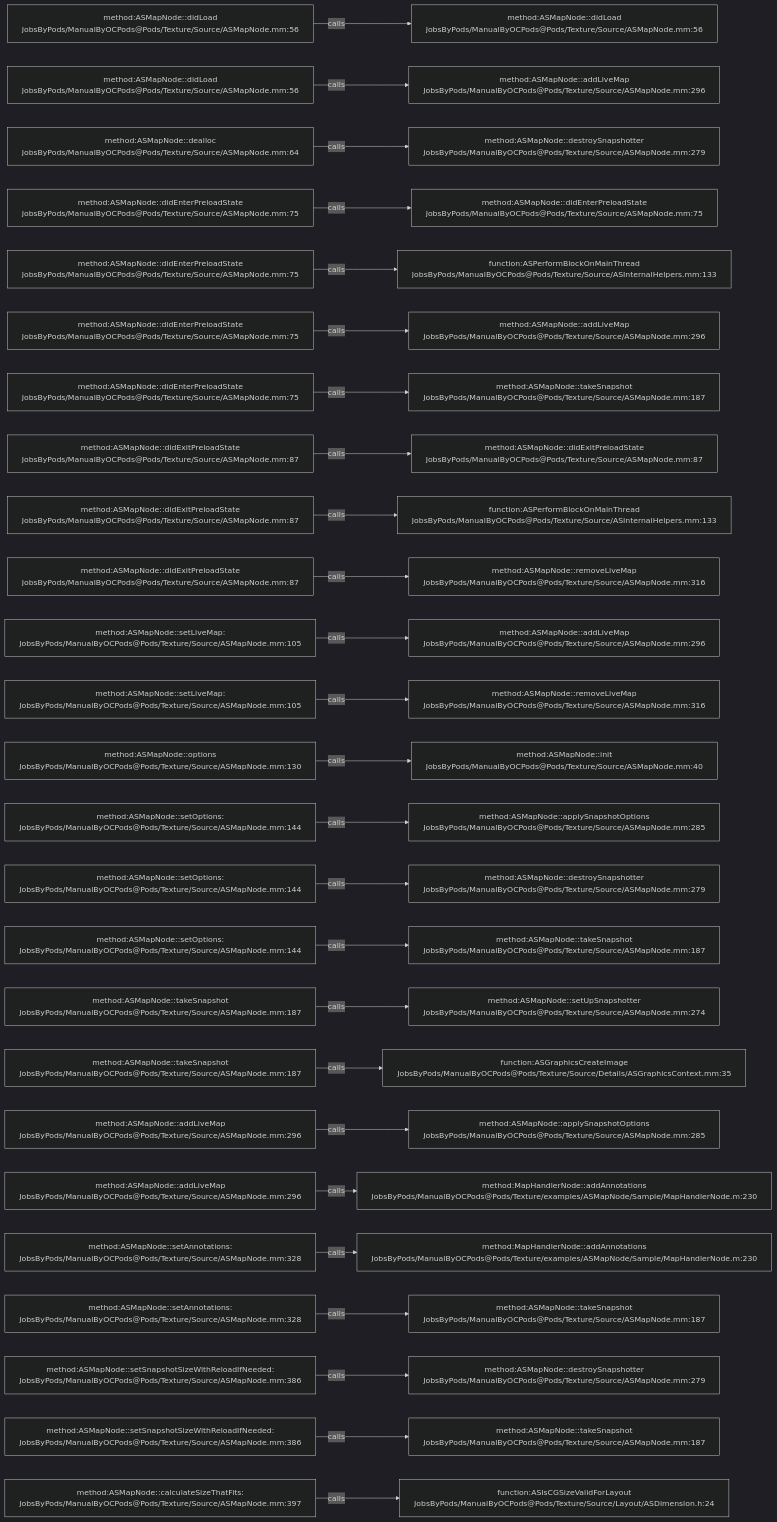
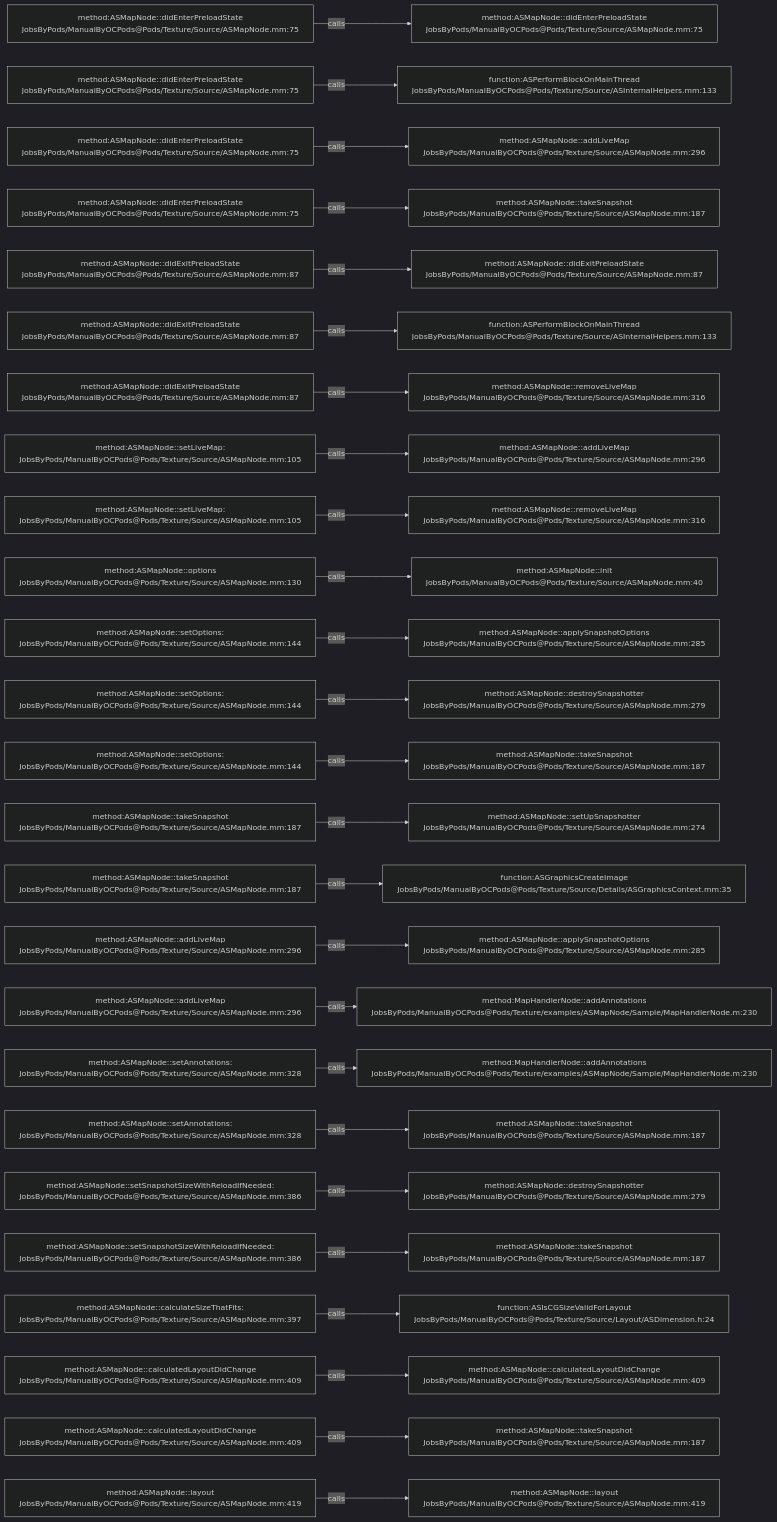
One commit to JobsKits/JobsOCBaseConfigDemo changed the diagram in .codegraph/codegraph.md/graphs/calls-115.md. Above: the diagram before and after it, drawn with Mermaid (dark theme). The commit also changed 342 other files, not shown here.

````diff
--- a/.codegraph/codegraph.md/graphs/calls-115.md
+++ b/.codegraph/codegraph.md/graphs/calls-115.md
@@ -13,78 +13,78 @@
 ```mermaid
 flowchart LR
-  S1["method:ASMapNode::didLoad<br/>JobsByPods/ManualByOCPods@Pods/Texture/Source/ASMapNode.mm:56"]
-  T1["method:ASMapNode::didLoad<br/>JobsByPods/ManualByOCPods@Pods/Texture/Source/ASMapNode.mm:56"]
+  S1["method:ASMapNode::didEnterPreloadState<br/>JobsByPods/ManualByOCPods@Pods/Texture/Source/ASMapNode.mm:75"]
+  T1["method:ASMapNode::didEnterPreloadState<br/>JobsByPods/ManualByOCPods@Pods/Texture/Source/ASMapNode.mm:75"]
   S1 -->|calls| T1
-  S2["method:ASMapNode::didLoad<br/>JobsByPods/ManualByOCPods@Pods/Texture/Source/ASMapNode.mm:56"]
-  T2["method:ASMapNode::addLiveMap<br/>JobsByPods/ManualByOCPods@Pods/Texture/Source/ASMapNode.mm:296"]
+  S2["method:ASMapNode::didEnterPreloadState<br/>JobsByPods/ManualByOCPods@Pods/Texture/Source/ASMapNode.mm:75"]
+  T2["function:ASPerformBlockOnMainThread<br/>JobsByPods/ManualByOCPods@Pods/Texture/Source/ASInternalHelpers.mm:133"]
   S2 -->|calls| T2
-  S3["method:ASMapNode::dealloc<br/>JobsByPods/ManualByOCPods@Pods/Texture/Source/ASMapNode.mm:64"]
-  T3["method:ASMapNode::destroySnapshotter<br/>JobsByPods/ManualByOCPods@Pods/Texture/Source/ASMapNode.mm:279"]
+  S3["method:ASMapNode::didEnterPreloadState<br/>JobsByPods/ManualByOCPods@Pods/Texture/Source/ASMapNode.mm:75"]
+  T3["method:ASMapNode::addLiveMap<br/>JobsByPods/ManualByOCPods@Pods/Texture/Source/ASMapNode.mm:296"]
   S3 -->|calls| T3
   S4["method:ASMapNode::didEnterPreloadState<br/>JobsByPods/ManualByOCPods@Pods/Texture/Source/ASMapNode.mm:75"]
-  T4["method:ASMapNode::didEnterPreloadState<br/>JobsByPods/ManualByOCPods@Pods/Texture/Source/ASMapNode.mm:75"]
+  T4["method:ASMapNode::takeSnapshot<br/>JobsByPods/ManualByOCPods@Pods/Texture/Source/ASMapNode.mm:187"]
   S4 -->|calls| T4
-  S5["method:ASMapNode::didEnterPreloadState<br/>JobsByPods/ManualByOCPods@Pods/Texture/Source/ASMapNode.mm:75"]
-  T5["function:ASPerformBlockOnMainThread<br/>JobsByPods/ManualByOCPods@Pods/Texture/Source/ASInternalHelpers.mm:133"]
+  S5["method:ASMapNode::didExitPreloadState<br/>JobsByPods/ManualByOCPods@Pods/Texture/Source/ASMapNode.mm:87"]
+  T5["method:ASMapNode::didExitPreloadState<br/>JobsByPods/ManualByOCPods@Pods/Texture/Source/ASMapNode.mm:87"]
   S5 -->|calls| T5
-  S6["method:ASMapNode::didEnterPreloadState<br/>JobsByPods/ManualByOCPods@Pods/Texture/Source/ASMapNode.mm:75"]
-  T6["method:ASMapNode::addLiveMap<br/>JobsByPods/ManualByOCPods@Pods/Texture/Source/ASMapNode.mm:296"]
+  S6["method:ASMapNode::didExitPreloadState<br/>JobsByPods/ManualByOCPods@Pods/Texture/Source/ASMapNode.mm:87"]
+  T6["function:ASPerformBlockOnMainThread<br/>JobsByPods/ManualByOCPods@Pods/Texture/Source/ASInternalHelpers.mm:133"]
   S6 -->|calls| T6
-  S7["method:ASMapNode::didEnterPreloadState<br/>JobsByPods/ManualByOCPods@Pods/Texture/Source/ASMapNode.mm:75"]
-  T7["method:ASMapNode::takeSnapshot<br/>JobsByPods/ManualByOCPods@Pods/Texture/Source/ASMapNode.mm:187"]
+  S7["method:ASMapNode::didExitPreloadState<br/>JobsByPods/ManualByOCPods@Pods/Texture/Source/ASMapNode.mm:87"]
+  T7["method:ASMapNode::removeLiveMap<br/>JobsByPods/ManualByOCPods@Pods/Texture/Source/ASMapNode.mm:316"]
   S7 -->|calls| T7
-  S8["method:ASMapNode::didExitPreloadState<br/>JobsByPods/ManualByOCPods@Pods/Texture/Source/ASMapNode.mm:87"]
-  T8["method:ASMapNode::didExitPreloadState<br/>JobsByPods/ManualByOCPods@Pods/Texture/Source/ASMapNode.mm:87"]
+  S8["method:ASMapNode::setLiveMap:<br/>JobsByPods/ManualByOCPods@Pods/Texture/Source/ASMapNode.mm:105"]
+  T8["method:ASMapNode::addLiveMap<br/>JobsByPods/ManualByOCPods@Pods/Texture/Source/ASMapNode.mm:296"]
   S8 -->|calls| T8
-  S9["method:ASMapNode::didExitPreloadState<br/>JobsByPods/ManualByOCPods@Pods/Texture/Source/ASMapNode.mm:87"]
-  T9["function:ASPerformBlockOnMainThread<br/>JobsByPods/ManualByOCPods@Pods/Texture/Source/ASInternalHelpers.mm:133"]
+  S9["method:ASMapNode::setLiveMap:<br/>JobsByPods/ManualByOCPods@Pods/Texture/Source/ASMapNode.mm:105"]
+  T9["method:ASMapNode::removeLiveMap<br/>JobsByPods/ManualByOCPods@Pods/Texture/Source/ASMapNode.mm:316"]
   S9 -->|calls| T9
-  S10["method:ASMapNode::didExitPreloadState<br/>JobsByPods/ManualByOCPods@Pods/Texture/Source/ASMapNode.mm:87"]
-  T10["method:ASMapNode::removeLiveMap<br/>JobsByPods/ManualByOCPods@Pods/Texture/Source/ASMapNode.mm:316"]
+  S10["method:ASMapNode::options<br/>JobsByPods/ManualByOCPods@Pods/Texture/Source/ASMapNode.mm:130"]
+  T10["method:ASMapNode::init<br/>JobsByPods/ManualByOCPods@Pods/Texture/Source/ASMapNode.mm:40"]
   S10 -->|calls| T10
-  S11["method:ASMapNode::setLiveMap:<br/>JobsByPods/ManualByOCPods@Pods/Texture/Source/ASMapNode.mm:105"]
-  T11["method:ASMapNode::addLiveMap<br/>JobsByPods/ManualByOCPods@Pods/Texture/Source/ASMapNode.mm:296"]
+  S11["method:ASMapNode::setOptions:<br/>JobsByPods/ManualByOCPods@Pods/Texture/Source/ASMapNode.mm:144"]
+  T11["method:ASMapNode::applySnapshotOptions<br/>JobsByPods/ManualByOCPods@Pods/Texture/Source/ASMapNode.mm:285"]
   S11 -->|calls| T11
-  S12["method:ASMapNode::setLiveMap:<br/>JobsByPods/ManualByOCPods@Pods/Texture/Source/ASMapNode.mm:105"]
-  T12["method:ASMapNode::removeLiveMap<br/>JobsByPods/ManualByOCPods@Pods/Texture/Source/ASMapNode.mm:316"]
+  S12["method:ASMapNode::setOptions:<br/>JobsByPods/ManualByOCPods@Pods/Texture/Source/ASMapNode.mm:144"]
+  T12["method:ASMapNode::destroySnapshotter<br/>JobsByPods/ManualByOCPods@Pods/Texture/Source/ASMapNode.mm:279"]
   S12 -->|calls| T12
-  S13["method:ASMapNode::options<br/>JobsByPods/ManualByOCPods@Pods/Texture/Source/ASMapNode.mm:130"]
-  T13["method:ASMapNode::init<br/>JobsByPods/ManualByOCPods@Pods/Texture/Source/ASMapNode.mm:40"]
+  S13["method:ASMapNode::setOptions:<br/>JobsByPods/ManualByOCPods@Pods/Texture/Source/ASMapNode.mm:144"]
+  T13["method:ASMapNode::takeSnapshot<br/>JobsByPods/ManualByOCPods@Pods/Texture/Source/ASMapNode.mm:187"]
   S13 -->|calls| T13
-  S14["method:ASMapNode::setOptions:<br/>JobsByPods/ManualByOCPods@Pods/Texture/Source/ASMapNode.mm:144"]
-  T14["method:ASMapNode::applySnapshotOptions<br/>JobsByPods/ManualByOCPods@Pods/Texture/Source/ASMapNode.mm:285"]
+  S14["method:ASMapNode::takeSnapshot<br/>JobsByPods/ManualByOCPods@Pods/Texture/Source/ASMapNode.mm:187"]
+  T14["method:ASMapNode::setUpSnapshotter<br/>JobsByPods/ManualByOCPods@Pods/Texture/Source/ASMapNode.mm:274"]
   S14 -->|calls| T14
-  S15["method:ASMapNode::setOptions:<br/>JobsByPods/ManualByOCPods@Pods/Texture/Source/ASMapNode.mm:144"]
-  T15["method:ASMapNode::destroySnapshotter<br/>JobsByPods/ManualByOCPods@Pods/Texture/Source/ASMapNode.mm:279"]
+  S15["method:ASMapNode::takeSnapshot<br/>JobsByPods/ManualByOCPods@Pods/Texture/Source/ASMapNode.mm:187"]
+  T15["function:ASGraphicsCreateImage<br/>JobsByPods/ManualByOCPods@Pods/Texture/Source/Details/ASGraphicsContext.mm:35"]
   S15 -->|calls| T15
-  S16["method:ASMapNode::setOptions:<br/>JobsByPods/ManualByOCPods@Pods/Texture/Source/ASMapNode.mm:144"]
-  T16["method:ASMapNode::takeSnapshot<br/>JobsByPods/ManualByOCPods@Pods/Texture/Source/ASMapNode.mm:187"]
+  S16["method:ASMapNode::addLiveMap<br/>JobsByPods/ManualByOCPods@Pods/Texture/Source/ASMapNode.mm:296"]
+  T16["method:ASMapNode::applySnapshotOptions<br/>JobsByPods/ManualByOCPods@Pods/Texture/Source/ASMapNode.mm:285"]
   S16 -->|calls| T16
-  S17["method:ASMapNode::takeSnapshot<br/>JobsByPods/ManualByOCPods@Pods/Texture/Source/ASMapNode.mm:187"]
-  T17["method:ASMapNode::setUpSnapshotter<br/>JobsByPods/ManualByOCPods@Pods/Texture/Source/ASMapNode.mm:274"]
+  S17["method:ASMapNode::addLiveMap<br/>JobsByPods/ManualByOCPods@Pods/Texture/Source/ASMapNode.mm:296"]
+  T17["method:MapHandlerNode::addAnnotations<br/>JobsByPods/ManualByOCPods@Pods/Texture/examples/ASMapNode/Sample/MapHandlerNode.m:230"]
   S17 -->|calls| T17
-  S18["method:ASMapNode::takeSnapshot<br/>JobsByPods/ManualByOCPods@Pods/Texture/Source/ASMapNode.mm:187"]
-  T18["function:ASGraphicsCreateImage<br/>JobsByPods/ManualByOCPods@Pods/Texture/Source/Details/ASGraphicsContext.mm:35"]
+  S18["method:ASMapNode::setAnnotations:<br/>JobsByPods/ManualByOCPods@Pods/Texture/Source/ASMapNode.mm:328"]
+  T18["method:MapHandlerNode::addAnnotations<br/>JobsByPods/ManualByOCPods@Pods/Texture/examples/ASMapNode/Sample/MapHandlerNode.m:230"]
   S18 -->|calls| T18
-  S19["method:ASMapNode::addLiveMap<br/>JobsByPods/ManualByOCPods@Pods/Texture/Source/ASMapNode.mm:296"]
-  T19["method:ASMapNode::applySnapshotOptions<br/>JobsByPods/ManualByOCPods@Pods/Texture/Source/ASMapNode.mm:285"]
+  S19["method:ASMapNode::setAnnotations:<br/>JobsByPods/ManualByOCPods@Pods/Texture/Source/ASMapNode.mm:328"]
+  T19["method:ASMapNode::takeSnapshot<br/>JobsByPods/ManualByOCPods@Pods/Texture/Source/ASMapNode.mm:187"]
   S19 -->|calls| T19
-  S20["method:ASMapNode::addLiveMap<br/>JobsByPods/ManualByOCPods@Pods/Texture/Source/ASMapNode.mm:296"]
-  T20["method:MapHandlerNode::addAnnotations<br/>JobsByPods/ManualByOCPods@Pods/Texture/examples/ASMapNode/Sample/MapHandlerNode.m:230"]
+  S20["method:ASMapNode::setSnapshotSizeWithReloadIfNeeded:<br/>JobsByPods/ManualByOCPods@Pods/Texture/Source/ASMapNode.mm:386"]
+  T20["method:ASMapNode::destroySnapshotter<br/>JobsByPods/ManualByOCPods@Pods/Texture/Source/ASMapNode.mm:279"]
   S20 -->|calls| T20
-  S21["method:ASMapNode::setAnnotations:<br/>JobsByPods/ManualByOCPods@Pods/Texture/Source/ASMapNode.mm:328"]
-  T21["method:MapHandlerNode::addAnnotations<br/>JobsByPods/ManualByOCPods@Pods/Texture/examples/ASMapNode/Sample/MapHandlerNode.m:230"]
+  S21["method:ASMapNode::setSnapshotSizeWithReloadIfNeeded:<br/>JobsByPods/ManualByOCPods@Pods/Texture/Source/ASMapNode.mm:386"]
+  T21["method:ASMapNode::takeSnapshot<br/>JobsByPods/ManualByOCPods@Pods/Texture/Source/ASMapNode.mm:187"]
   S21 -->|calls| T21
-  S22["method:ASMapNode::setAnnotations:<br/>JobsByPods/ManualByOCPods@Pods/Texture/Source/ASMapNode.mm:328"]
-  T22["method:ASMapNode::takeSnapshot<br/>JobsByPods/ManualByOCPods@Pods/Texture/Source/ASMapNode.mm:187"]
+  S22["method:ASMapNode::calculateSizeThatFits:<br/>JobsByPods/ManualByOCPods@Pods/Texture/Source/ASMapNode.mm:397"]
+  T22["function:ASIsCGSizeValidForLayout<br/>JobsByPods/ManualByOCPods@Pods/Texture/Source/Layout/ASDimension.h:24"]
   S22 -->|calls| T22
-  S23["method:ASMapNode::setSnapshotSizeWithReloadIfNeeded:<br/>JobsByPods/ManualByOCPods@Pods/Texture/Source/ASMapNode.mm:386"]
-  T23["method:ASMapNode::destroySnapshotter<br/>JobsByPods/ManualByOCPods@Pods/Texture/Source/ASMapNode.mm:279"]
+  S23["method:ASMapNode::calculatedLayoutDidChange<br/>JobsByPods/ManualByOCPods@Pods/Texture/Source/ASMapNode.mm:409"]
+  T23["method:ASMapNode::calculatedLayoutDidChange<br/>JobsByPods/ManualByOCPods@Pods/Texture/Source/ASMapNode.mm:409"]
   S23 -->|calls| T23
-  S24["method:ASMapNode::setSnapshotSizeWithReloadIfNeeded:<br/>JobsByPods/ManualByOCPods@Pods/Texture/Source/ASMapNode.mm:386"]
+  S24["method:ASMapNode::calculatedLayoutDidChange<br/>JobsByPods/ManualByOCPods@Pods/Texture/Source/ASMapNode.mm:409"]
   T24["method:ASMapNode::takeSnapshot<br/>JobsByPods/ManualByOCPods@Pods/Texture/Source/ASMapNode.mm:187"]
   S24 -->|calls| T24
-  S25["method:ASMapNode::calculateSizeThatFits:<br/>JobsByPods/ManualByOCPods@Pods/Texture/Source/ASMapNode.mm:397"]
-  T25["function:ASIsCGSizeValidForLayout<br/>JobsByPods/ManualByOCPods@Pods/Texture/Source/Layout/ASDimension.h:24"]
+  S25["method:ASMapNode::layout<br/>JobsByPods/ManualByOCPods@Pods/Texture/Source/ASMapNode.mm:419"]
+  T25["method:ASMapNode::layout<br/>JobsByPods/ManualByOCPods@Pods/Texture/Source/ASMapNode.mm:419"]
   S25 -->|calls| T25
 ```
````
